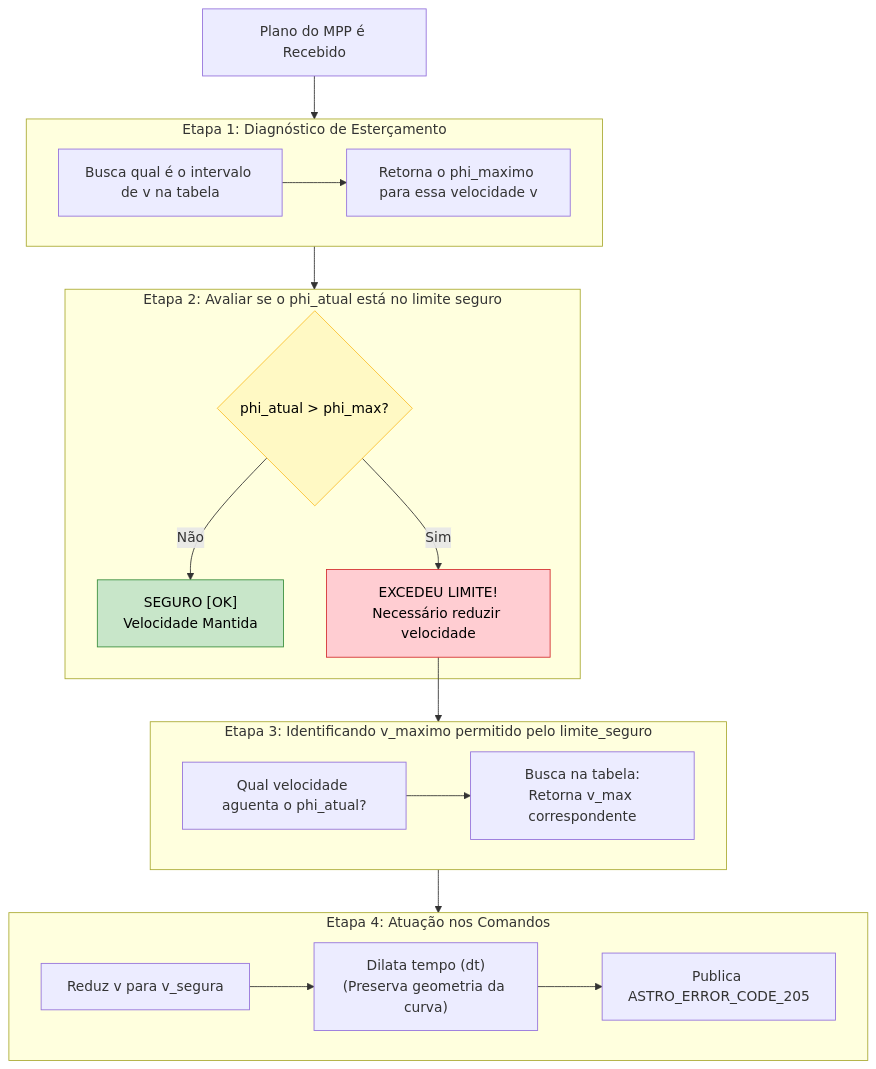
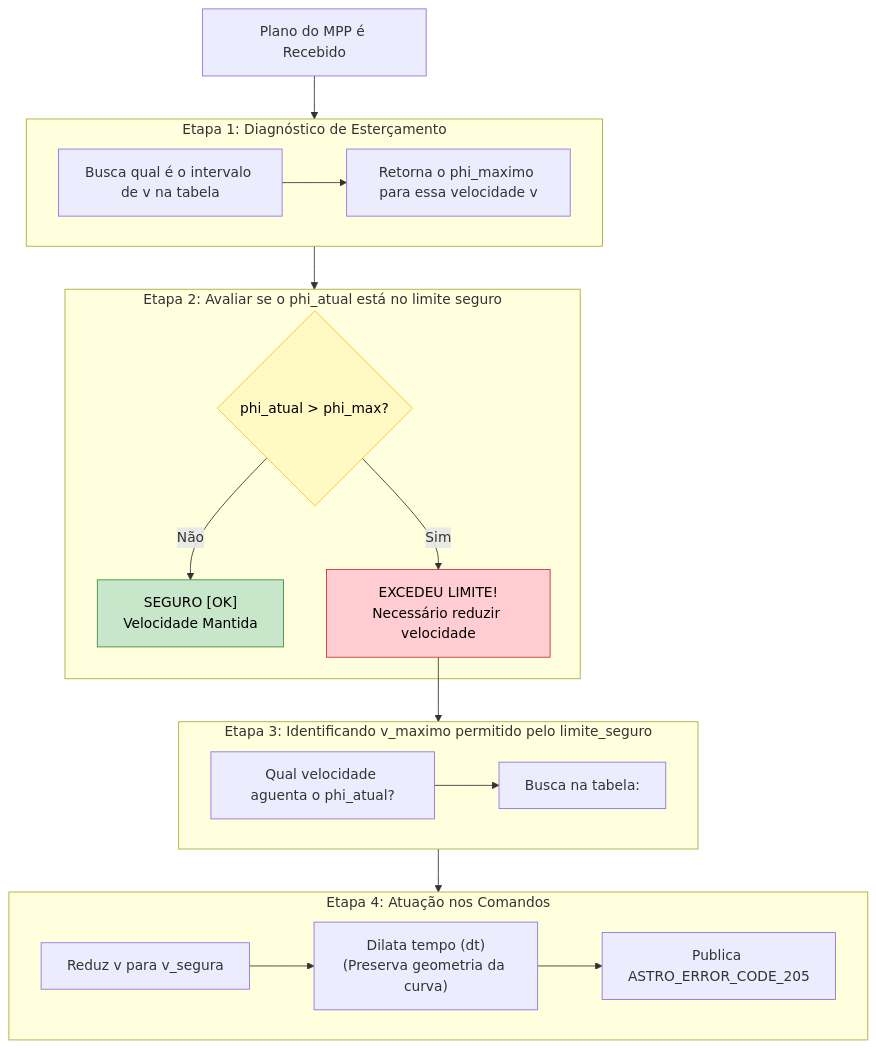
Before and after one commit to BrenoCSilva/lume: the diagram in README.md, drawn with Mermaid.

Commit message:
Fix formatting in README for table lookup description

````diff
--- a/README.md
+++ b/README.md
@@ -53,36 +53,36 @@
 ```mermaid
 flowchart TD
     CMD["Plano do MPP é Recebido"] --> E1
     
     subgraph E1 ["Etapa 1: Diagnóstico de Esterçamento"]
         D1["Busca qual é o intervalo de v na tabela"]
         D1 --> D2["Retorna o phi_maximo para essa velocidade v"]
     end
     
     E1 --> E2
     
     subgraph E2 ["Etapa 2: Avaliar se o phi_atual está no limite seguro"]
         C1{"phi_atual > phi_max?"}
         C1 -->|Não| OK["SEGURO [OK]<br>Velocidade Mantida"]
         C1 -->|Sim| ALERTA["EXCEDEU LIMITE!<br>Necessário reduzir velocidade"]
     end
     
     ALERTA --> E3
 
     subgraph E3 ["Etapa 3: Identificando v_maximo permitido pelo limite_seguro"]
         T1["Qual velocidade aguenta o phi_atual?"]
-        T1 --> T2["Busca na tabela:<br>Retorna v_max correspondente"]
+        T1 --> T2["Busca na tabela:<Retorna v_max correspondente"]
     end
     E3 --> E4
 
     subgraph E4 ["Etapa 4: Atuação nos Comandos"]
         A1["Reduz v para v_segura"]
         A2["Dilata tempo (dt)<br>(Preserva geometria da curva)"]
         A3["Publica ASTRO_ERROR_CODE_205"]
         A1 --> A2 --> A3
     end
 
     style OK fill:#c8e6c9,stroke:#388e3c,color:#000
     style ALERTA fill:#ffcdd2,stroke:#d32f2f,color:#000
     style C1 fill:#fff9c4,stroke:#fbc02d,color:#000
 ```
````
